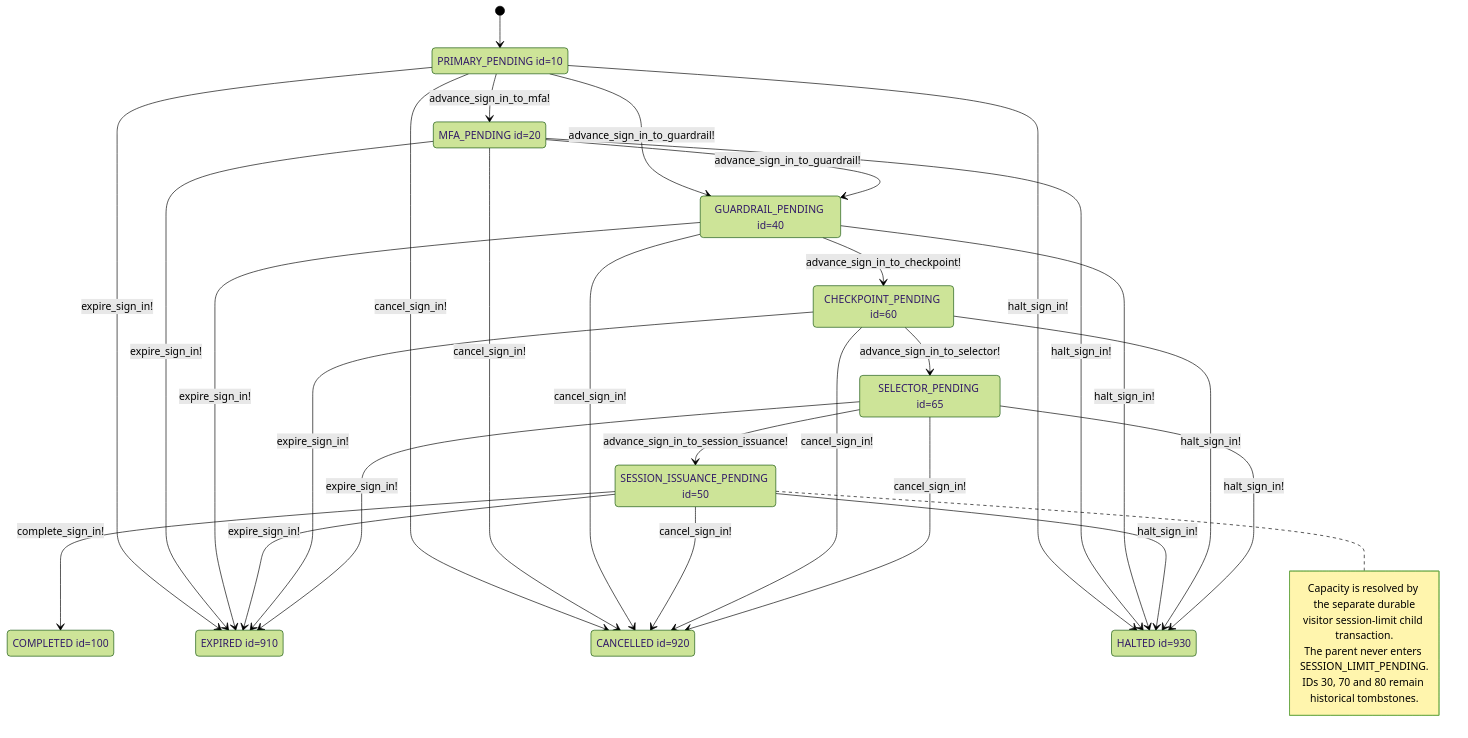
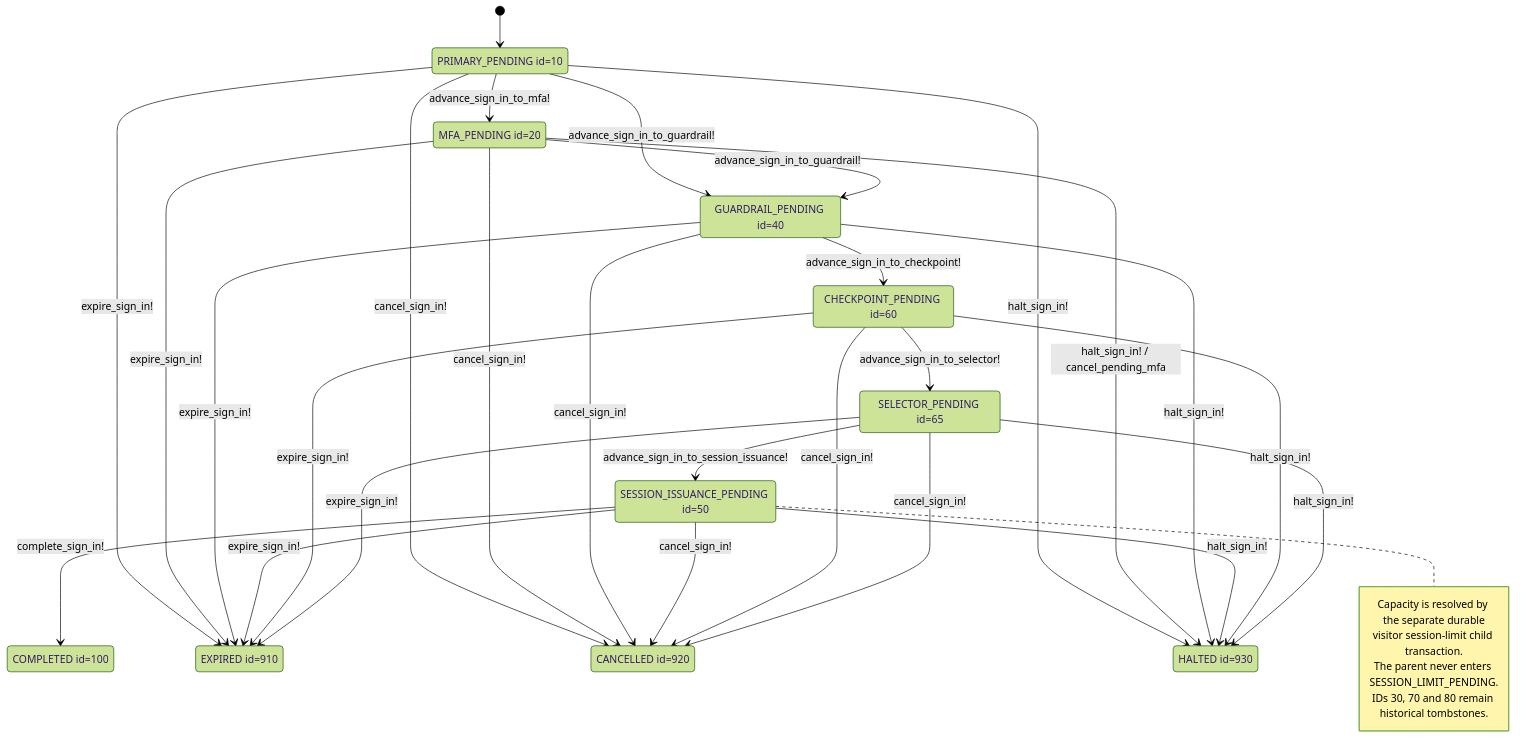
The diagram in docs/mermaid/idp-visitor-sign-in.mmd (seahal/umaxica-apps-jit-global), drawn with Mermaid (forest theme) before and after one commit. The commit also changed other lines of this file and 288 other files, not shown here.

```diff
--- a/docs/mermaid/idp-visitor-sign-in.mmd
+++ b/docs/mermaid/idp-visitor-sign-in.mmd
@@ -1,47 +1,47 @@
 stateDiagram-v2
     %% Current sign-in graph; routing and session-limit resolution are separate axes.
     state "PRIMARY_PENDING id=10" as PRIMARY_PENDING
     state "MFA_PENDING id=20" as MFA_PENDING
     state "GUARDRAIL_PENDING id=40" as GUARDRAIL_PENDING
     state "SESSION_ISSUANCE_PENDING id=50" as SESSION_ISSUANCE_PENDING
     state "CHECKPOINT_PENDING id=60" as CHECKPOINT_PENDING
     state "SELECTOR_PENDING id=65" as SELECTOR_PENDING
     state "COMPLETED id=100" as COMPLETED
     state "EXPIRED id=910" as EXPIRED
     state "CANCELLED id=920" as CANCELLED
     state "HALTED id=930" as HALTED
 
     [*] --> PRIMARY_PENDING
     PRIMARY_PENDING --> MFA_PENDING: advance_sign_in_to_mfa!
     PRIMARY_PENDING --> GUARDRAIL_PENDING: advance_sign_in_to_guardrail!
     MFA_PENDING --> GUARDRAIL_PENDING: advance_sign_in_to_guardrail!
     GUARDRAIL_PENDING --> CHECKPOINT_PENDING: advance_sign_in_to_checkpoint!
     CHECKPOINT_PENDING --> SELECTOR_PENDING: advance_sign_in_to_selector!
     SELECTOR_PENDING --> SESSION_ISSUANCE_PENDING: advance_sign_in_to_session_issuance!
     SESSION_ISSUANCE_PENDING --> COMPLETED: complete_sign_in!
 
     PRIMARY_PENDING --> EXPIRED: expire_sign_in!
     PRIMARY_PENDING --> CANCELLED: cancel_sign_in!
     PRIMARY_PENDING --> HALTED: halt_sign_in!
     MFA_PENDING --> EXPIRED: expire_sign_in!
     MFA_PENDING --> CANCELLED: cancel_sign_in!
-    MFA_PENDING --> HALTED: halt_sign_in!
+    MFA_PENDING --> HALTED: halt_sign_in! / cancel_pending_mfa
     GUARDRAIL_PENDING --> EXPIRED: expire_sign_in!
     GUARDRAIL_PENDING --> CANCELLED: cancel_sign_in!
     GUARDRAIL_PENDING --> HALTED: halt_sign_in!
     SESSION_ISSUANCE_PENDING --> EXPIRED: expire_sign_in!
     SESSION_ISSUANCE_PENDING --> CANCELLED: cancel_sign_in!
     SESSION_ISSUANCE_PENDING --> HALTED: halt_sign_in!
     CHECKPOINT_PENDING --> EXPIRED: expire_sign_in!
     CHECKPOINT_PENDING --> CANCELLED: cancel_sign_in!
     CHECKPOINT_PENDING --> HALTED: halt_sign_in!
     SELECTOR_PENDING --> EXPIRED: expire_sign_in!
     SELECTOR_PENDING --> CANCELLED: cancel_sign_in!
     SELECTOR_PENDING --> HALTED: halt_sign_in!
 
     note right of SESSION_ISSUANCE_PENDING
         Capacity is resolved by the separate durable
         visitor session-limit child transaction.
         The parent never enters SESSION_LIMIT_PENDING.
         IDs 30, 70 and 80 remain historical tombstones.
     end note
```
